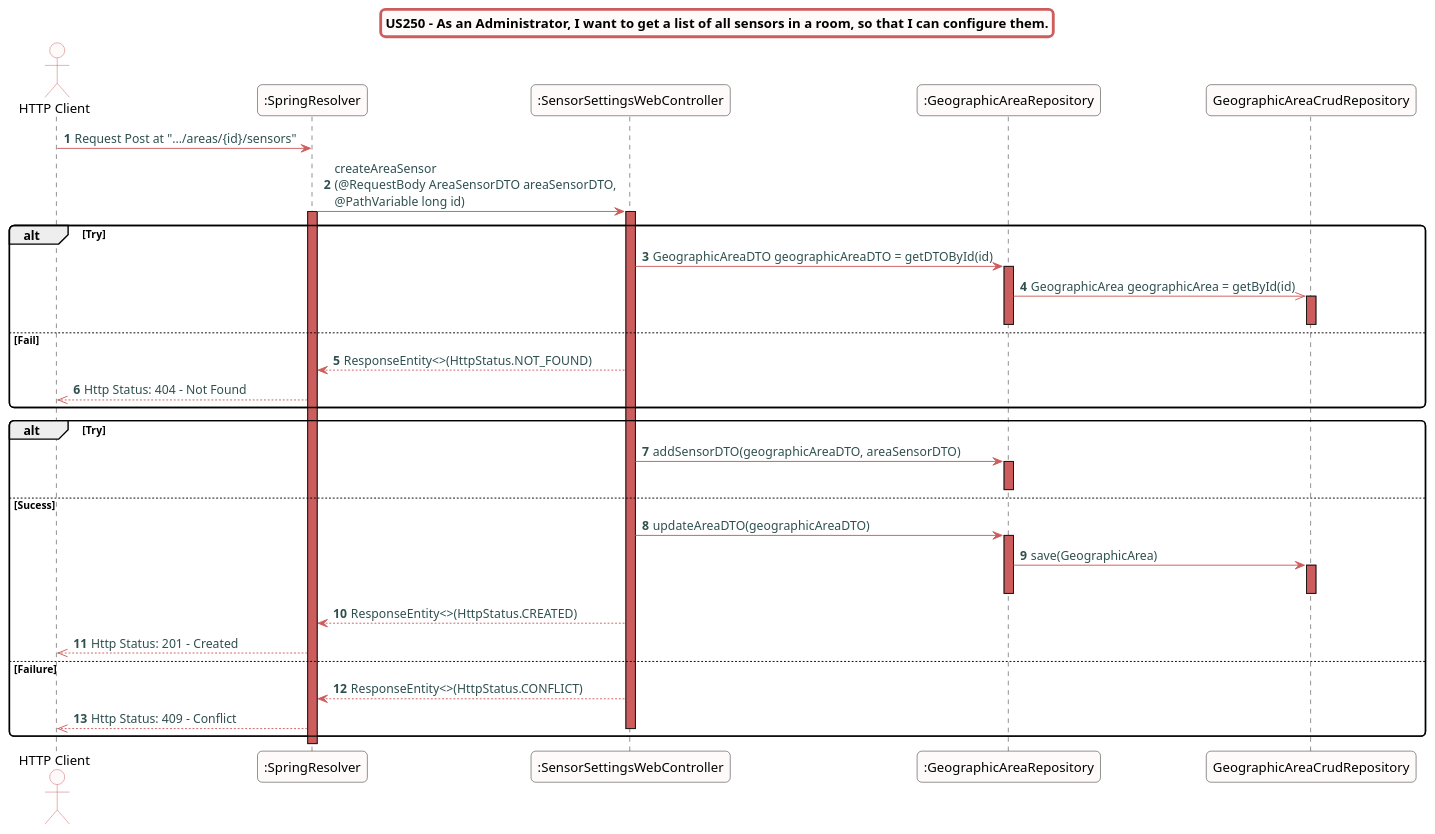
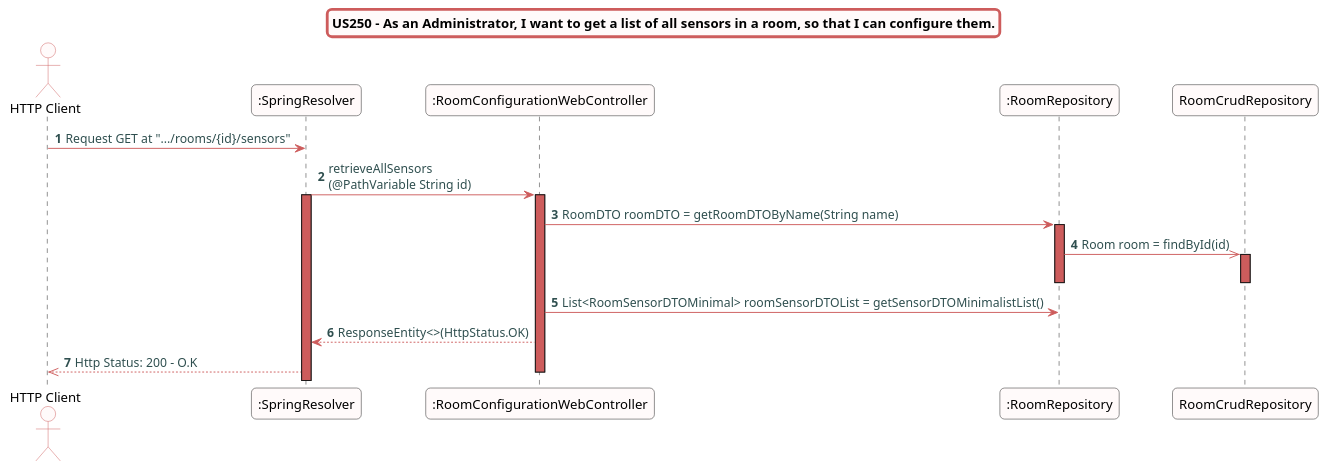
Before and after one commit to Almadanmp/project: the diagram in src/doc/WEB_Controllers/RoomConfiguration/US250/US250v2_sd_RoomConfigurationWebController.puml, drawn with PlantUML.

Commit message:
REF #457 #456 updates US250 sd

```diff
--- a/src/doc/WEB_Controllers/RoomConfiguration/US250/US250v2_sd_RoomConfigurationWebController.puml
+++ b/src/doc/WEB_Controllers/RoomConfiguration/US250/US250v2_sd_RoomConfigurationWebController.puml
@@ -1,63 +1,45 @@
 @startuml
 skinparam titleBorderRoundCorner 10
 skinparam titleBorderThickness 3
 skinparam titleBorderColor indianred
 skinparam titleBackgroundColor snow
 skinparam FontName quicksand
 
 skinparam actor {
   BorderColor indianred
   backgroundColor Snow
   }
 
 skinparam sequence {
   LifeLineBackgroundColor indianred
   ParticipantBackgroundColor snow
 }
 
 skinparam roundcorner 10
 
 skinparam component {
   arrowThickness 1
   ArrowFontName Verdana
   ArrowColor indianred
   ArrowFontColor darkslategrey
 }
 
 title US250 - As an Administrator, I want to get a list of all sensors in a room, so that I can configure them.
 autonumber
 actor "HTTP Client"
-"HTTP Client"  -> ":SpringResolver":  Request Post at ".../areas/{id}/sensors"
-":SpringResolver" -> ":SensorSettingsWebController": createAreaSensor\n(@RequestBody AreaSensorDTO areaSensorDTO, \n@PathVariable long id)
+"HTTP Client"  -> ":SpringResolver":  Request GET at ".../rooms/{id}/sensors"
+":SpringResolver" -> ":RoomConfigurationWebController": retrieveAllSensors\n(@PathVariable String id)
 activate ":SpringResolver"
-activate ":SensorSettingsWebController"
-alt Try
-":SensorSettingsWebController" -> ":GeographicAreaRepository": GeographicAreaDTO geographicAreaDTO = getDTOById(id)
-activate ":GeographicAreaRepository"
-":GeographicAreaRepository" ->> "GeographicAreaCrudRepository": GeographicArea geographicArea = getById(id)
-activate "GeographicAreaCrudRepository"
-deactivate "GeographicAreaCrudRepository"
-deactivate ":GeographicAreaRepository"
-else Fail
-":SensorSettingsWebController" --> ":SpringResolver": ResponseEntity<>(HttpStatus.NOT_FOUND)
-":SpringResolver" -->> "HTTP Client": Http Status: 404 - Not Found
-end
-alt Try
-":SensorSettingsWebController" -> ":GeographicAreaRepository": addSensorDTO(geographicAreaDTO, areaSensorDTO)
-activate ":GeographicAreaRepository"
-deactivate ":GeographicAreaRepository"
-else Sucess
-":SensorSettingsWebController" -> ":GeographicAreaRepository": updateAreaDTO(geographicAreaDTO)
-activate ":GeographicAreaRepository"
-":GeographicAreaRepository" -> "GeographicAreaCrudRepository": save(GeographicArea)
-activate "GeographicAreaCrudRepository"
-deactivate "GeographicAreaCrudRepository"
-deactivate ":GeographicAreaRepository"
-":SensorSettingsWebController" --> ":SpringResolver": ResponseEntity<>(HttpStatus.CREATED)
-":SpringResolver" -->> "HTTP Client": Http Status: 201 - Created
-else  Failure
-":SensorSettingsWebController" --> ":SpringResolver": ResponseEntity<>(HttpStatus.CONFLICT)
-":SpringResolver" -->> "HTTP Client": Http Status: 409 - Conflict
-deactivate ":SensorSettingsWebController"
-end
+activate ":RoomConfigurationWebController"
+":RoomConfigurationWebController" -> ":RoomRepository": RoomDTO roomDTO = getRoomDTOByName(String name)
+activate ":RoomRepository"
+":RoomRepository" ->> "RoomCrudRepository": Room room = findById(id)
+activate "RoomCrudRepository"
+deactivate "RoomCrudRepository"
+deactivate ":RoomRepository"
+":RoomConfigurationWebController" -> ":RoomRepository": List<RoomSensorDTOMinimal> roomSensorDTOList = getSensorDTOMinimalistList()
+":RoomConfigurationWebController" --> ":SpringResolver": ResponseEntity<>(HttpStatus.OK)
+":SpringResolver" -->> "HTTP Client": Http Status: 200 - O.K
+deactivate ":RoomConfigurationWebController"
+
 @enduml
```
